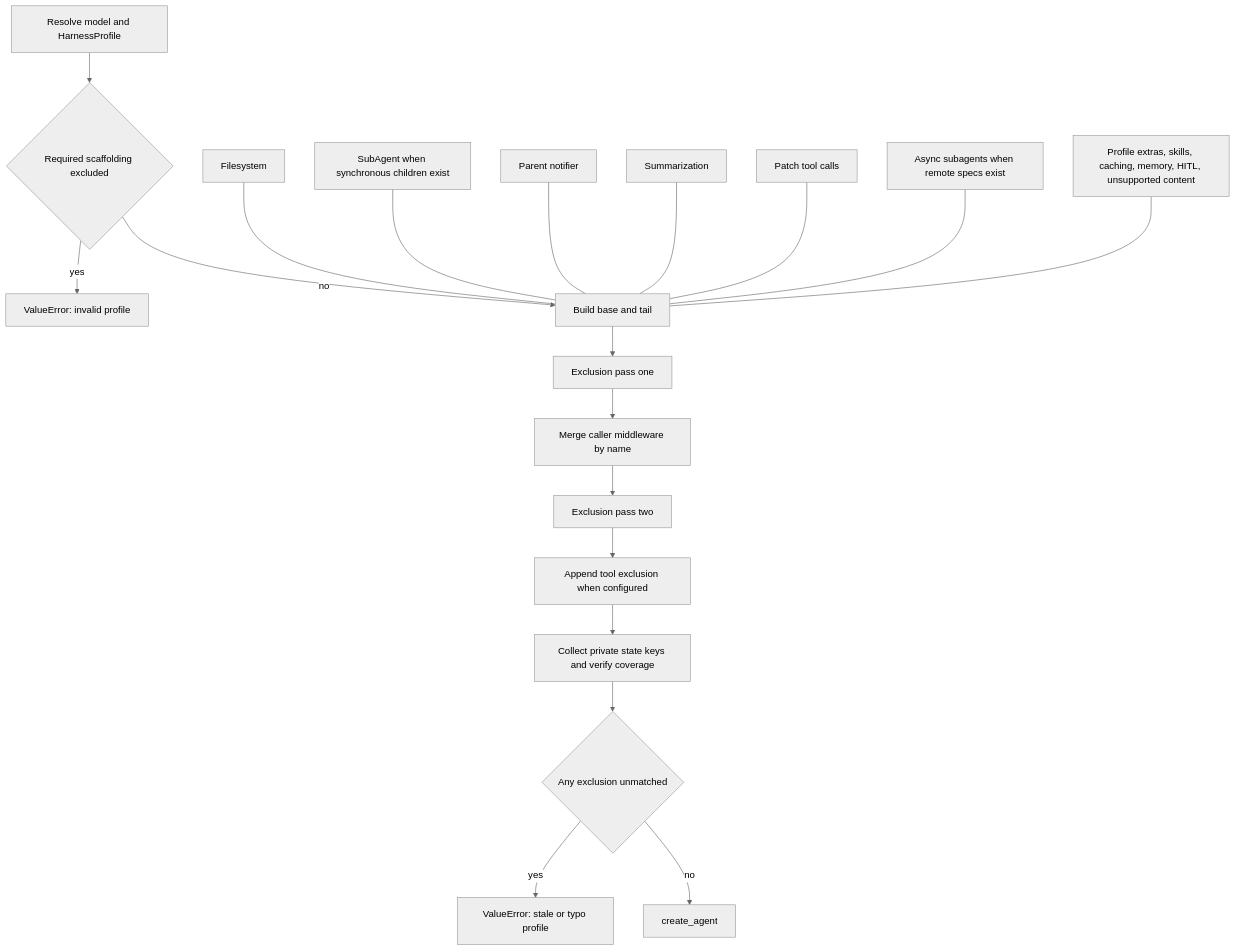
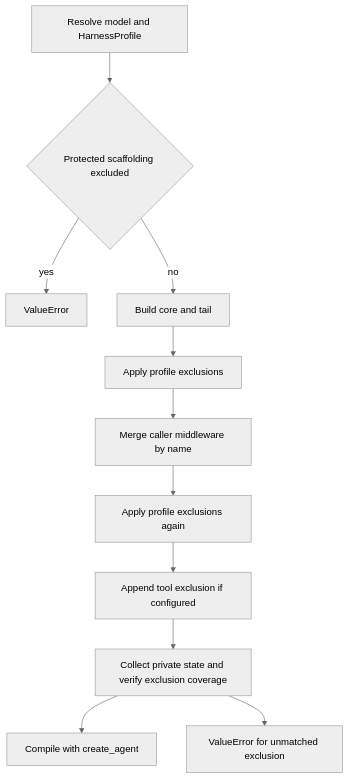
The diagram in openwiki/architecture/middleware-stack.md (langchain-ai/deepagents), drawn with Mermaid (neutral theme) before and after one commit. The commit also changed other lines of this file and 44 other files, not shown here.

````diff
--- a/openwiki/architecture/middleware-stack.md
+++ b/openwiki/architecture/middleware-stack.md
@@ -49,22 +51,13 @@
 ```mermaid
 flowchart TD
-    P["Resolve model and HarnessProfile"] --> V{"Required scaffolding excluded"}
-    V -- "yes" --> VF["ValueError: invalid profile"]
-    V -- "no" --> B["Build base and tail"]
-    B --> S1["Exclusion pass one"]
-    S1 --> M["Merge caller middleware by name"]
-    M --> S2["Exclusion pass two"]
-    S2 --> T["Append tool exclusion when configured"]
-    T --> C["Collect private state keys and verify coverage"]
-    C --> U{"Any exclusion unmatched"}
-    U -- "yes" --> UF["ValueError: stale or typo profile"]
-    U -- "no" --> A["create_agent"]
-
-    B1["Filesystem"] --- B
-    B2["SubAgent when synchronous children exist"] --- B
-    B3["Parent notifier"] --- B
-    B4["Summarization"] --- B
-    B5["Patch tool calls"] --- B
-    B6["Async subagents when remote specs exist"] --- B
-    B7["Profile extras, skills, caching, memory, HITL, unsupported content"] --- B
+    R["Resolve model and HarnessProfile"] --> V{"Protected scaffolding excluded"}
+    V -- "yes" --> E1["ValueError"]
+    V -- "no" --> B["Build core and tail"]
+    B --> X1["Apply profile exclusions"]
+    X1 --> M["Merge caller middleware by name"]
+    M --> X2["Apply profile exclusions again"]
+    X2 --> T["Append tool exclusion if configured"]
+    T --> P["Collect private state and verify exclusion coverage"]
+    P --> A["Compile with create_agent"]
+    P --> E2["ValueError for unmatched exclusion"]
 ```
````
